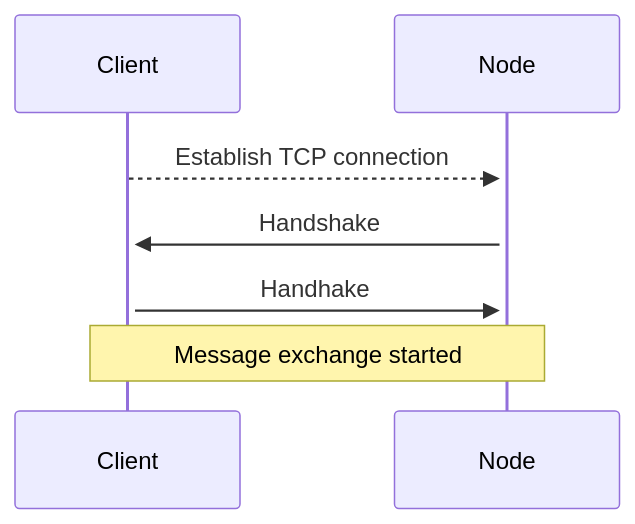
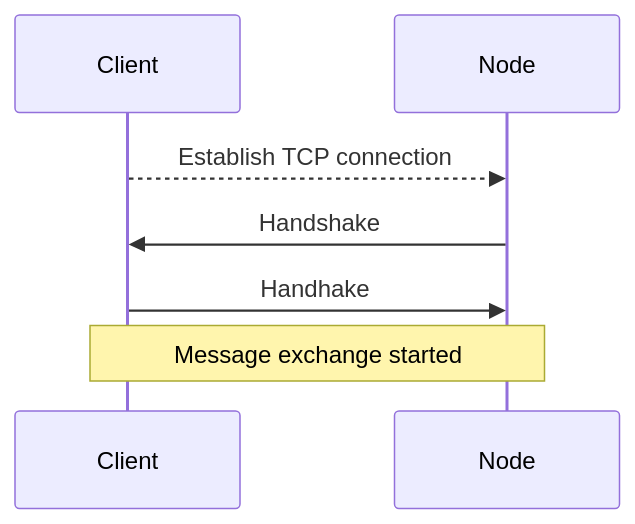
One commit to ergoplatform/ergo changed the first of 2 diagrams in ergo-core/README.md. Above: the diagram before and after it, drawn with Mermaid. The commit also changed other lines of this file, not shown here.

Commit message:
Minor edits

````diff
--- a/ergo-core/README.md
+++ b/ergo-core/README.md
@@ -7,7 +7,7 @@
 ```mermaid
 sequenceDiagram
-    Client-->>+Node: Establish TCP connection
-    Node->>+Client: Handshake
+    Client-->>Node: Establish TCP connection
+    Node->>Client: Handshake
     Client->>Node: Handhake
     Note over Client,Node: Message exchange started
 ```
````
